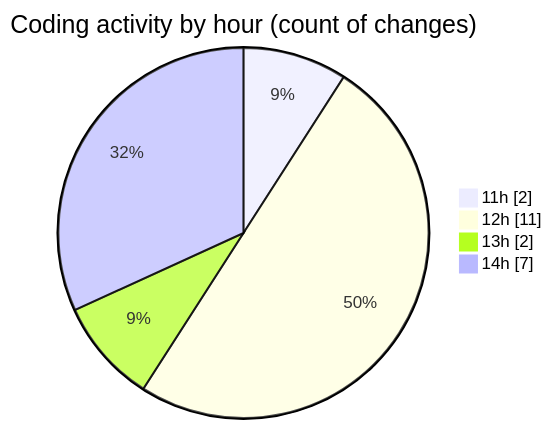
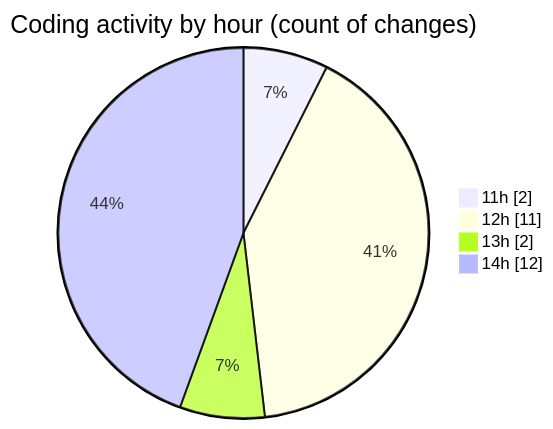
Before and after one commit to nxtqubesakshisongat/code-tracking: the second of 2 diagrams in 2025-09-10/cashcalc/README.md, drawn with Mermaid. The commit also changed other lines of this file and 1 other file, not shown here.

````diff
--- a/2025-09-10/cashcalc/README.md
+++ b/2025-09-10/cashcalc/README.md
@@ -43,8 +44,8 @@
 ```mermaid
 pie showData
 title Coding activity by hour (count of changes)
 "11h" : 2
 "12h" : 11
 "13h" : 2
-"14h" : 7
+"14h" : 12
 ```
````
